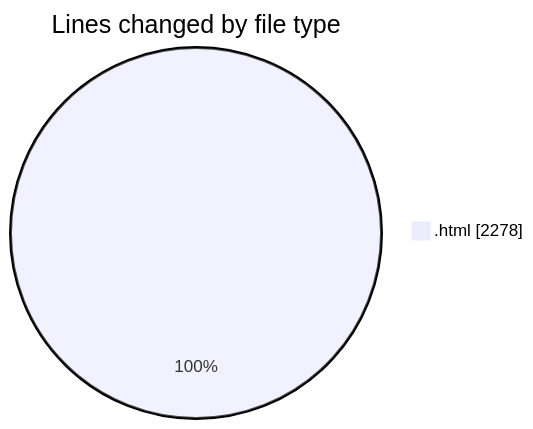
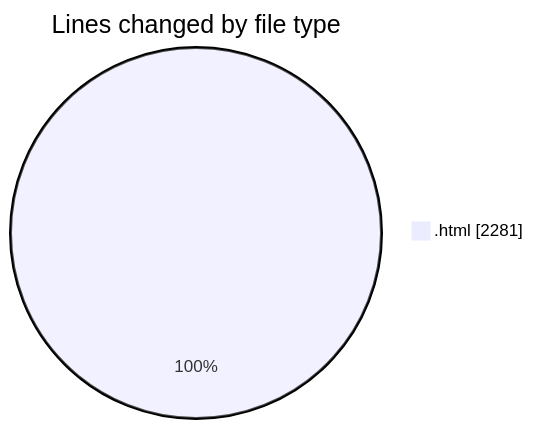
Before and after one commit to Ritupan-Deka/code-tracking: the first of 2 diagrams in 2025-06-17/projects/README.md, drawn with Mermaid. The commit also changed other lines of this file and 1 other file, not shown here.

````diff
--- a/2025-06-17/projects/README.md
+++ b/2025-06-17/projects/README.md
@@ -21,5 +21,5 @@
 ```mermaid
 pie showData
 title Lines changed by file type
-".html" : 2278
+".html" : 2281
 ```
````
